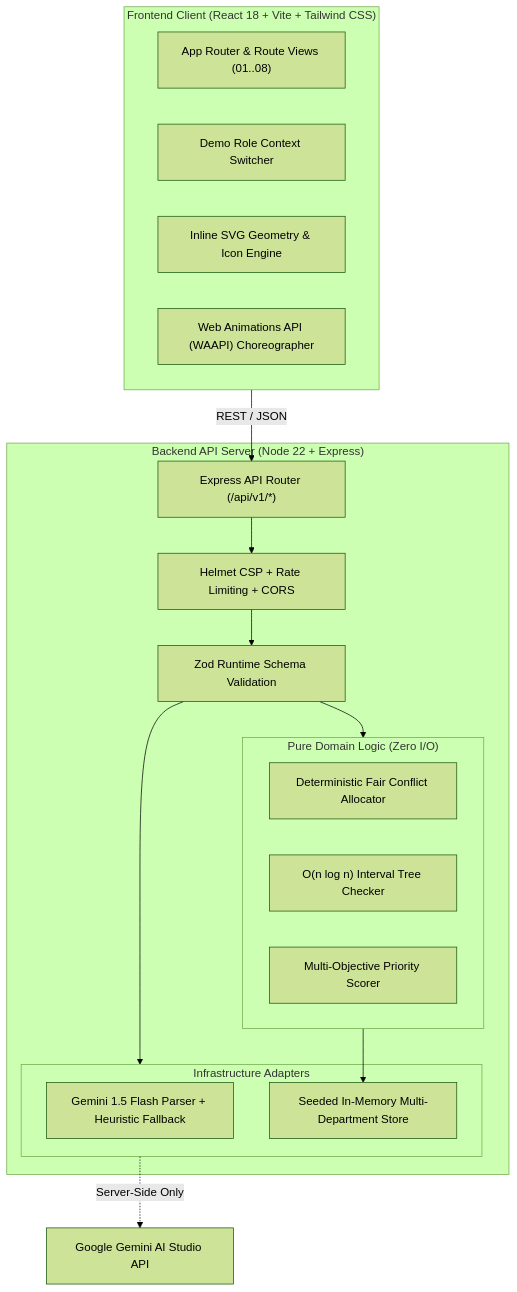
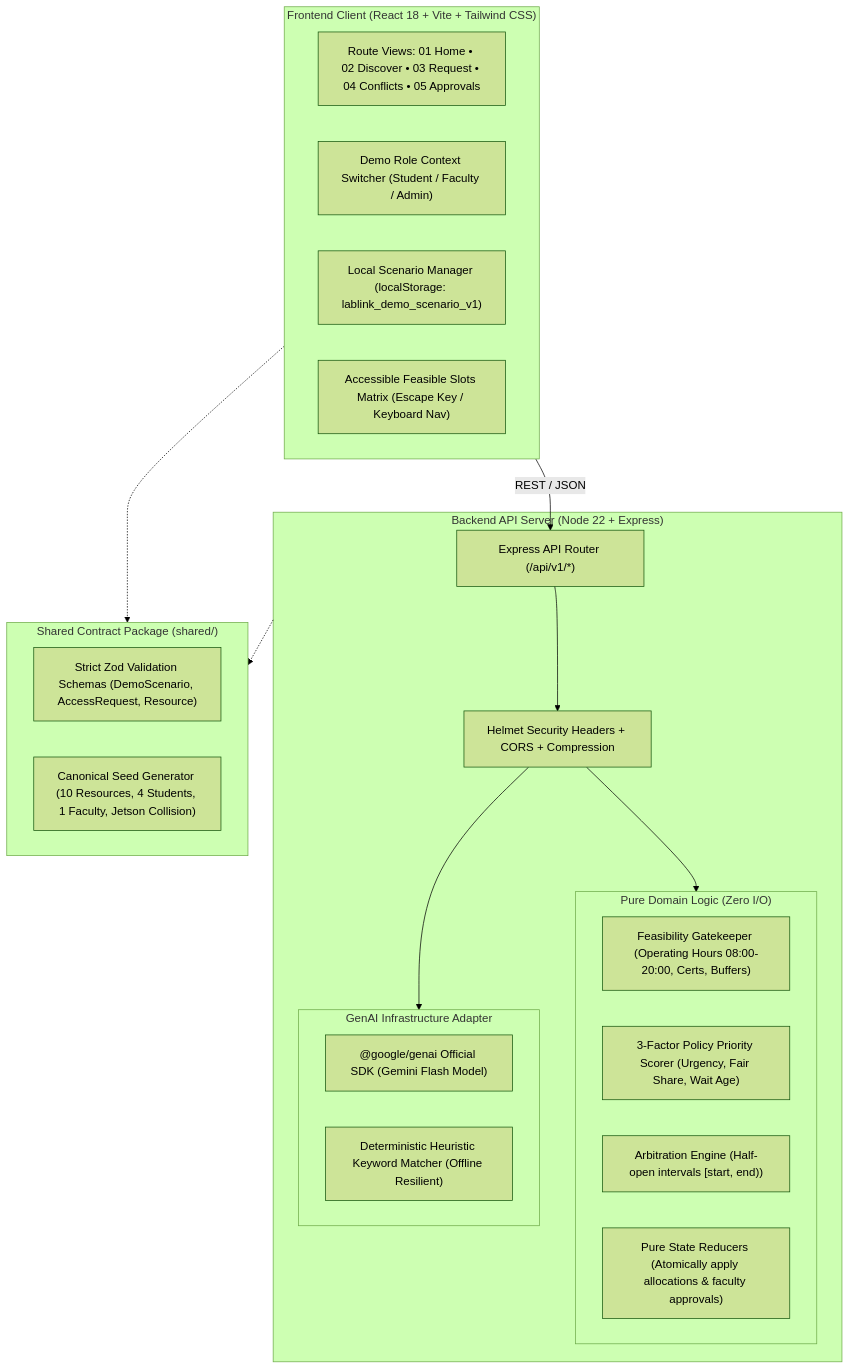
Before and after one commit to sharancode3/PROMPTWARS: the second of 2 diagrams in README.md, drawn with Mermaid (forest theme). The commit also changed other lines of this file and 5 other files, not shown here.

````diff
--- a/README.md
+++ b/README.md
@@ -129,34 +103,38 @@
 ```mermaid
 flowchart TB
     subgraph ClientLayer["Frontend Client (React 18 + Vite + Tailwind CSS)"]
-        UI["App Router & Route Views (01..08)"]
-        RoleSwitch["Demo Role Context Switcher"]
-        InlineSVG["Inline SVG Geometry & Icon Engine"]
-        MotionCtrl["Web Animations API (WAAPI) Choreographer"]
+        UI["Route Views: 01 Home • 02 Discover • 03 Request • 04 Conflicts • 05 Approvals"]
+        RoleSwitch["Demo Role Context Switcher (Student / Faculty / Admin)"]
+        ScenarioCtx["Local Scenario Manager (localStorage: lablink_demo_scenario_v1)"]
+        SlotModal["Accessible Feasible Slots Matrix (Escape Key / Keyboard Nav)"]
     end
 
     subgraph ServerLayer["Backend API Server (Node 22 + Express)"]
         APIRouter["Express API Router (/api/v1/*)"]
-        SecurityMW["Helmet CSP + Rate Limiting + CORS"]
-        ZodValidator["Zod Runtime Schema Validation"]
+        SecurityMW["Helmet Security Headers + CORS + Compression"]
         
         subgraph DomainServices["Pure Domain Logic (Zero I/O)"]
-            FairEngine["Deterministic Fair Conflict Allocator"]
-            IntervalScheduler["O(n log n) Interval Tree Checker"]
-            PriorityScorer["Multi-Objective Priority Scorer"]
+            Feasibility["Feasibility Gatekeeper (Operating Hours 08:00-20:00, Certs, Buffers)"]
+            FairnessScorer["3-Factor Policy Priority Scorer (Urgency, Fair Share, Wait Age)"]
+            SchedulerEngine["Arbitration Engine (Half-open intervals [start, end))"]
+            Reducers["Pure State Reducers (Atomically apply allocations & faculty approvals)"]
         end
         
-        subgraph Adapters["Infrastructure Adapters"]
-            AIService["Gemini 1.5 Flash Parser + Heuristic Fallback"]
-            StateRepo["Seeded In-Memory Multi-Department Store"]
+        subgraph AIAdapter["GenAI Infrastructure Adapter"]
+            GeminiSDK["@google/genai Official SDK (Gemini Flash Model)"]
+            FallbackRules["Deterministic Heuristic Keyword Matcher (Offline Resilient)"]
         end
+    end
+
+    subgraph SharedLayer["Shared Contract Package (shared/)"]
+        ZodSchemas["Strict Zod Validation Schemas (DemoScenario, AccessRequest, Resource)"]
+        SeedGen["Canonical Seed Generator (10 Resources, 4 Students, 1 Faculty, Jetson Collision)"]
     end
 
     ClientLayer -->|REST / JSON| APIRouter
     APIRouter --> SecurityMW
-    SecurityMW --> ZodValidator
-    ZodValidator --> DomainServices
-    ZodValidator --> Adapters
-    DomainServices --> StateRepo
-    Adapters -.->|Server-Side Only| GeminiAPI["Google Gemini AI Studio API"]
+    SecurityMW --> DomainServices
+    SecurityMW --> AIAdapter
+    ClientLayer -.-> SharedLayer
+    ServerLayer -.-> SharedLayer
 ```
````
